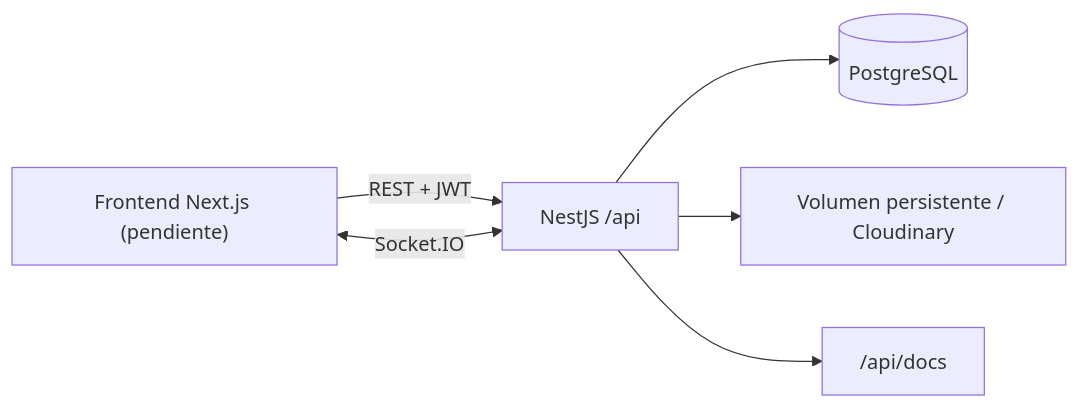
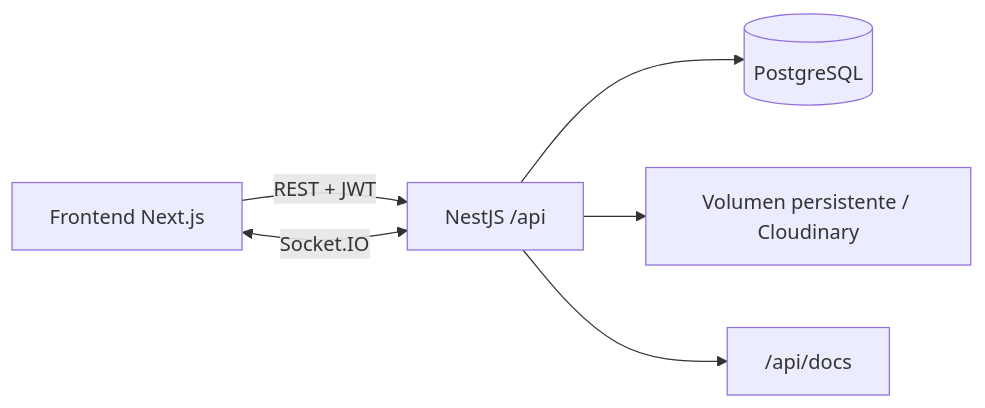
Before and after one commit to gesteb3/hivibe: the diagram in README.md, drawn with Mermaid. The commit also changed other lines of this file and 6 other files, not shown here.

````diff
--- a/README.md
+++ b/README.md
@@ -22,8 +22,8 @@
 ```mermaid
 flowchart LR
-  Web["Frontend Next.js (pendiente)"] -->|REST + JWT| API["NestJS /api"]
+  Web["Frontend Next.js"] -->|REST + JWT| API["NestJS /api"]
   Web <-->|Socket.IO| API
   API --> DB[("PostgreSQL")]
   API --> Media["Volumen persistente / Cloudinary"]
   API --> Swagger["/api/docs"]
 ```
````
